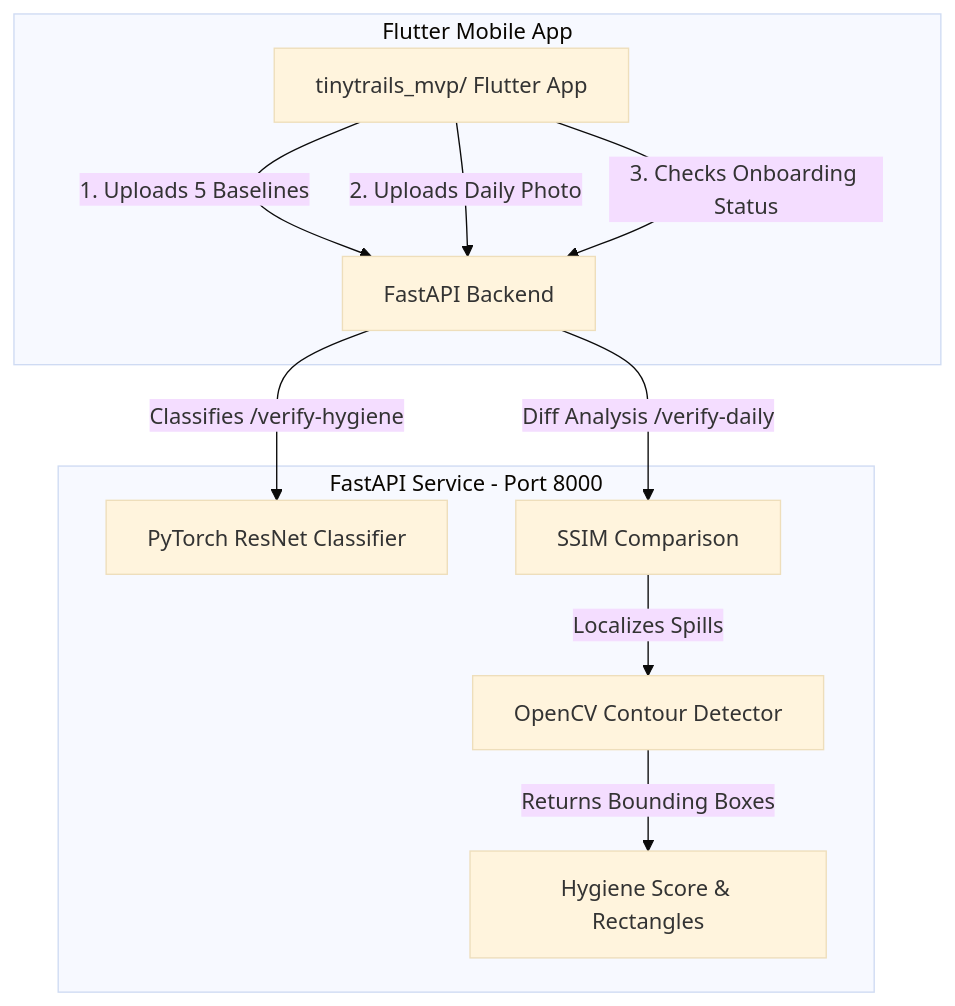
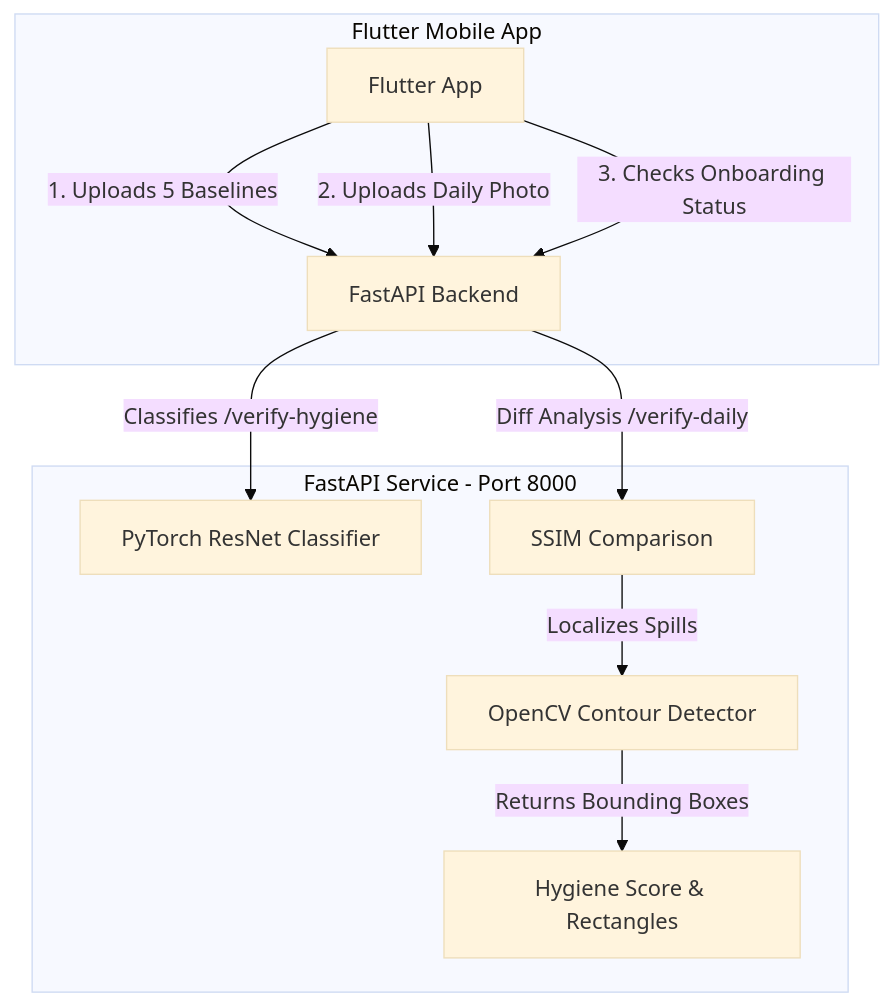
One commit to ThisoVallabaDass/Projects changed the diagram in TinyTrail/README.md. Above: the diagram before and after it, drawn with Mermaid (base theme). The commit also changed other lines of this file and 101 other files, not shown here.

````diff
--- a/TinyTrail/README.md
+++ b/TinyTrail/README.md
@@ -21,15 +21,15 @@
 ```mermaid
 graph TD
     subgraph Mobile Client [Flutter Mobile App]
-        M[tinytrails_mvp/ Flutter App] -->|1. Uploads 5 Baselines| AP[FastAPI Backend]
+        M[Flutter App] -->|1. Uploads 5 Baselines| AP[FastAPI Backend]
         M -->|2. Uploads Daily Photo| AP
         M -->|3. Checks Onboarding Status| AP
     end
 
     subgraph AI Service [FastAPI Service - Port 8000]
         AP -->|Classifies /verify-hygiene| Cls[PyTorch ResNet Classifier]
         AP -->|Diff Analysis /verify-daily| SSIM[SSIM Comparison]
         SSIM -->|Localizes Spills| OpenCV[OpenCV Contour Detector]
         OpenCV -->|Returns Bounding Boxes| Output[Hygiene Score & Rectangles]
     end
 ```
````
